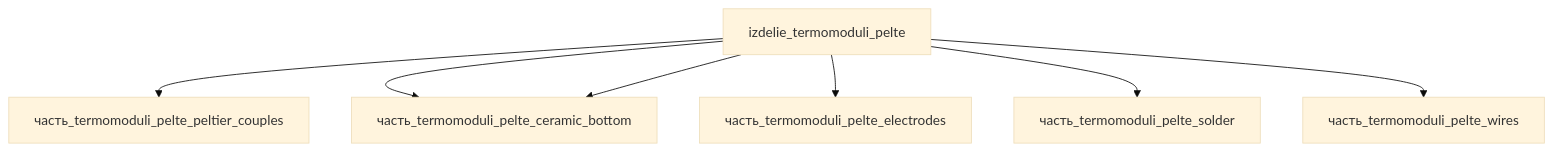
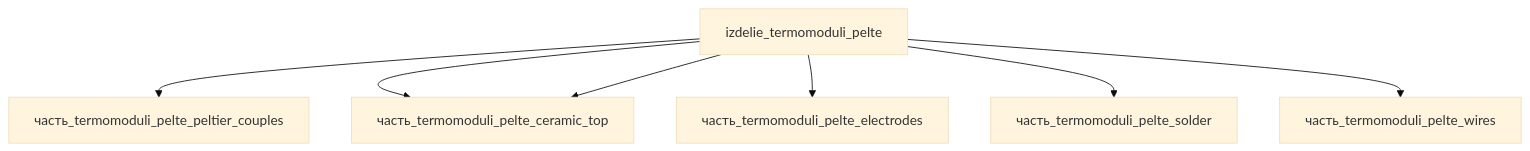
One commit to a-m-e-n-t-e-t/SkyNet changed the diagram in реальные данные/изделия/энергетическая/termomoduli_pelte/_index.md. Above: the diagram before and after it, drawn with Mermaid (base theme). The commit also changed other lines of this file and 79 other files, not shown here.

````diff
--- a/реальные данные/изделия/энергетическая/termomoduli_pelte/_index.md
+++ b/реальные данные/изделия/энергетическая/termomoduli_pelte/_index.md
@@ -111,16 +109,15 @@
 ```mermaid
 graph TD
     termomoduli_pelte["izdelie_termomoduli_pelte"]
     termomoduli_pelte_peltier["часть_termomoduli_pelte_peltier_couples"]
     termomoduli_pelte --> termomoduli_pelte_peltier
     termomoduli_pelte_ceramic["часть_termomoduli_pelte_ceramic_top"]
     termomoduli_pelte --> termomoduli_pelte_ceramic
-    termomoduli_pelte_ceramic["часть_termomoduli_pelte_ceramic_bottom"]
     termomoduli_pelte --> termomoduli_pelte_ceramic
     termomoduli_pelte_electro["часть_termomoduli_pelte_electrodes"]
     termomoduli_pelte --> termomoduli_pelte_electro
     termomoduli_pelte_solder["часть_termomoduli_pelte_solder"]
     termomoduli_pelte --> termomoduli_pelte_solder
     termomoduli_pelte_wires["часть_termomoduli_pelte_wires"]
     termomoduli_pelte --> termomoduli_pelte_wires
 ```
````
